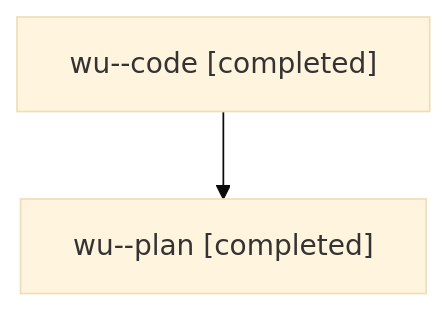
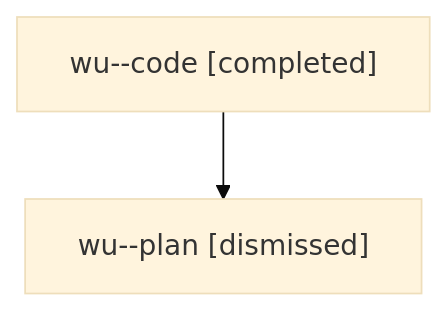
Before and after one commit to sase-org/sase--agents: the diagram in families/bbugyi200.athena.wu.md, drawn with Mermaid (base theme). The commit also changed other lines of this file and 2170 other files, not shown here.

````diff
--- a/families/bbugyi200.athena.wu.md
+++ b/families/bbugyi200.athena.wu.md
@@ -9,6 +9,6 @@
 ```mermaid
 flowchart TD
   n0["wu--code [completed]"]
-  n1["wu--plan [completed]"]
+  n1["wu--plan [dismissed]"]
   n0 --> n1
 ```
````
